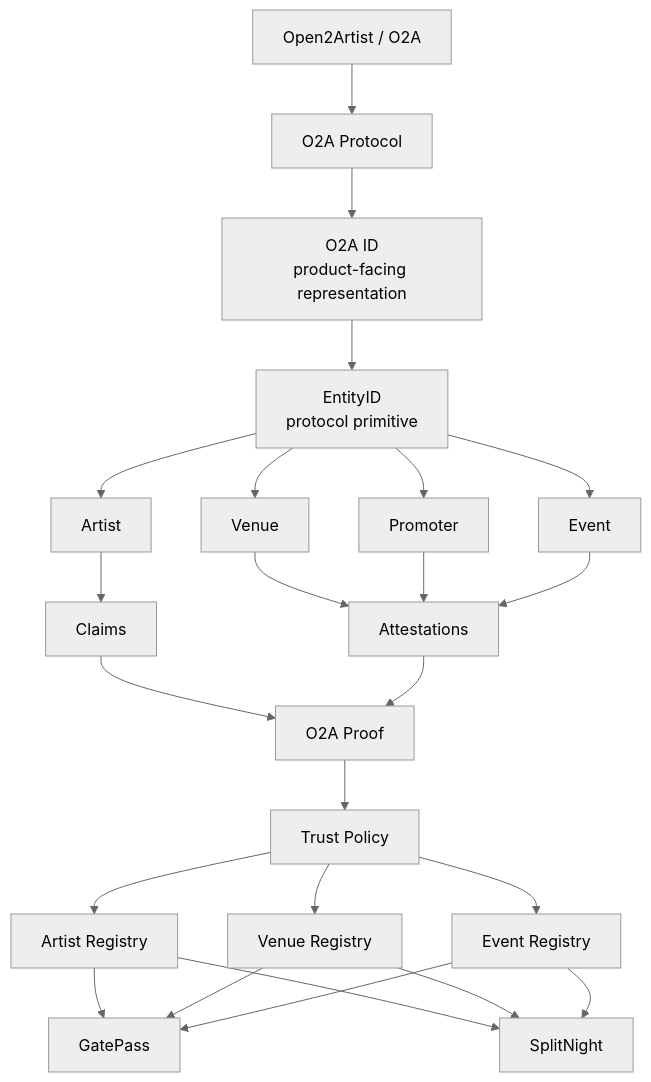
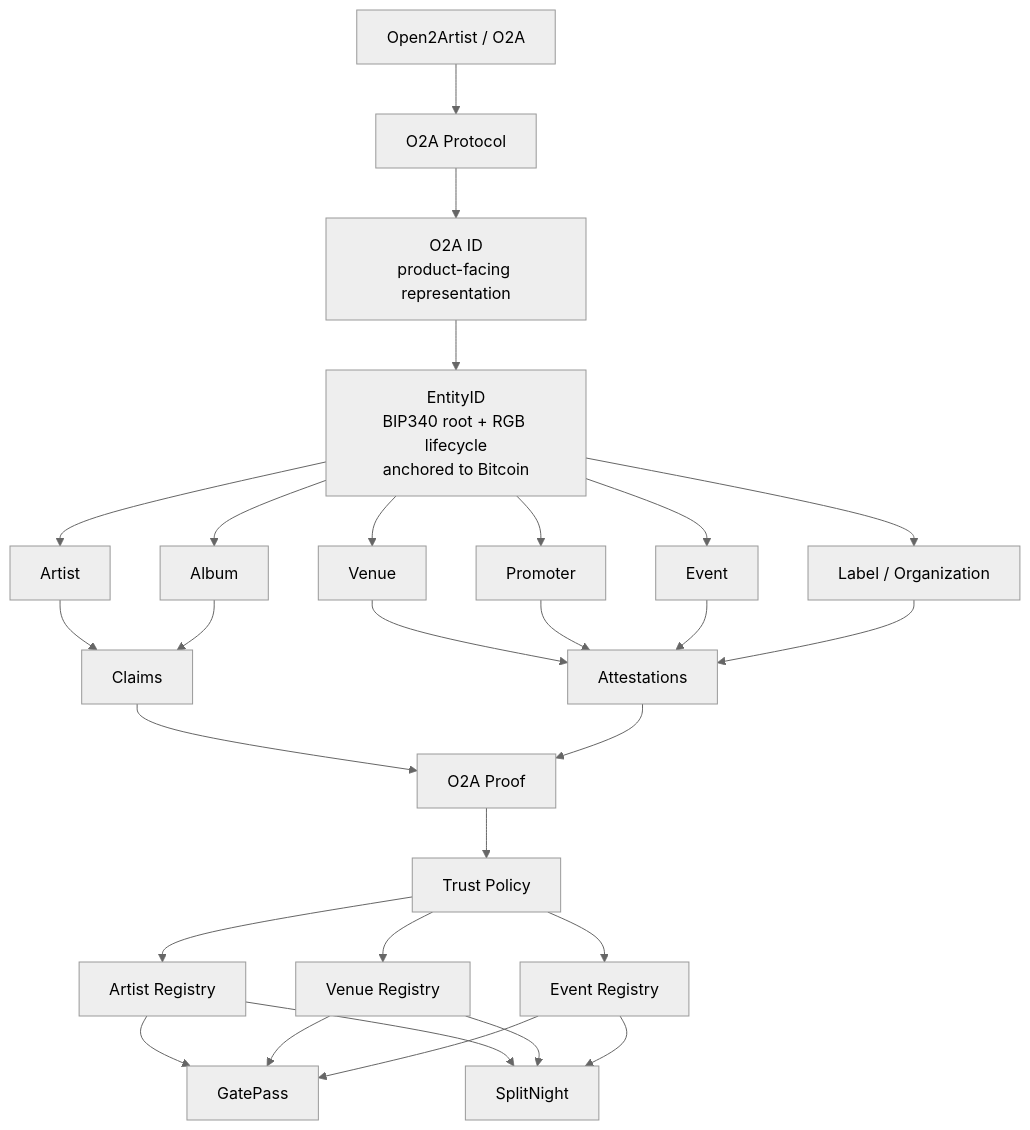
Before and after one commit to EdwinKestler/o2a-protocol: the diagram in docs/diagrams/08-o2a-ecosystem-map.md, drawn with Mermaid (neutral theme). The commit also changed other lines of this file and 46 other files, not shown here.

````diff
--- a/docs/diagrams/08-o2a-ecosystem-map.md
+++ b/docs/diagrams/08-o2a-ecosystem-map.md
@@ -5,51 +5,57 @@
 ```mermaid
 flowchart TB
     O2A["Open2Artist / O2A"]
     PROTO["O2A Protocol"]
     ID["O2A ID<br/>product-facing representation"]
-    ENTITY["EntityID<br/>protocol primitive"]
+    ENTITY["EntityID<br/>BIP340 root + RGB lifecycle<br/>anchored to Bitcoin"]
 
     ART["Artist"]
     VEN["Venue"]
     PROM["Promoter"]
     EVT["Event"]
+    ALB["Album"]
+    LAB["Label / Organization"]
 
     CL["Claims"]
     AT["Attestations"]
     PF["O2A Proof"]
     TP["Trust Policy"]
 
     AR["Artist Registry"]
     VR["Venue Registry"]
     ER["Event Registry"]
 
     GP["GatePass"]
     SN["SplitNight"]
 
     O2A --> PROTO --> ID --> ENTITY
     ENTITY --> ART
     ENTITY --> VEN
     ENTITY --> PROM
     ENTITY --> EVT
+    ENTITY --> ALB
+    ENTITY --> LAB
 
     ART --> CL
     VEN --> AT
     PROM --> AT
     EVT --> AT
+    ALB --> CL
+    LAB --> AT
 
     CL --> PF
     AT --> PF
     PF --> TP
 
     TP --> AR
     TP --> VR
     TP --> ER
 
     AR --> GP
     VR --> GP
     ER --> GP
 
     AR --> SN
     VR --> SN
     ER --> SN
 ```
````
